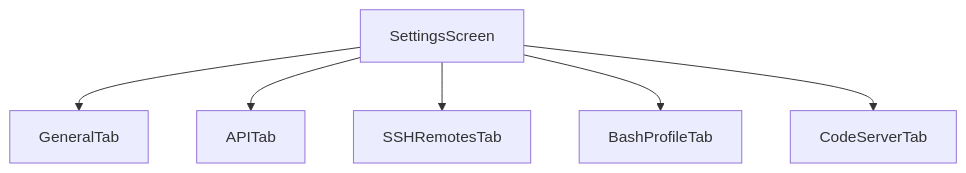
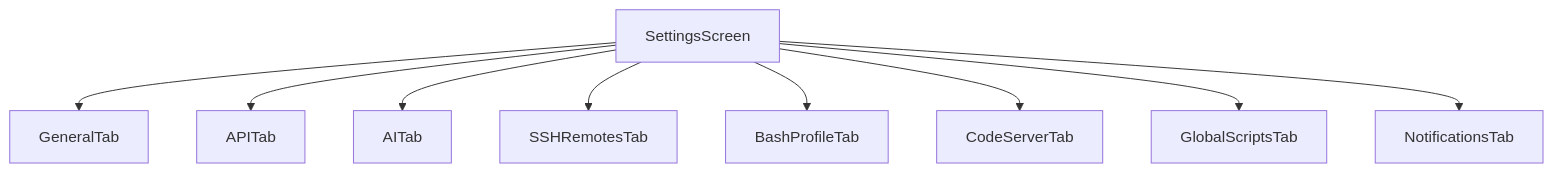
The tenth of 15 diagrams in docs/architecture/component-hierarchy.md (strawhatluka/cola-records), drawn with Mermaid before and after one commit. The commit also changed other lines of this file and 7 other files, not shown here.

````diff
--- a/docs/architecture/component-hierarchy.md
+++ b/docs/architecture/component-hierarchy.md
@@ -335,8 +477,11 @@
 ```mermaid
 graph TD
     SettingsScreen[SettingsScreen] --> GeneralTab[GeneralTab]
     SettingsScreen --> APITab[APITab]
+    SettingsScreen --> AITab[AITab]
     SettingsScreen --> SSHRemotesTab[SSHRemotesTab]
     SettingsScreen --> BashProfileTab[BashProfileTab]
     SettingsScreen --> CodeServerTab[CodeServerTab]
+    SettingsScreen --> GlobalScriptsTab[GlobalScriptsTab]
+    SettingsScreen --> NotificationsTab[NotificationsTab]
 ```
````
